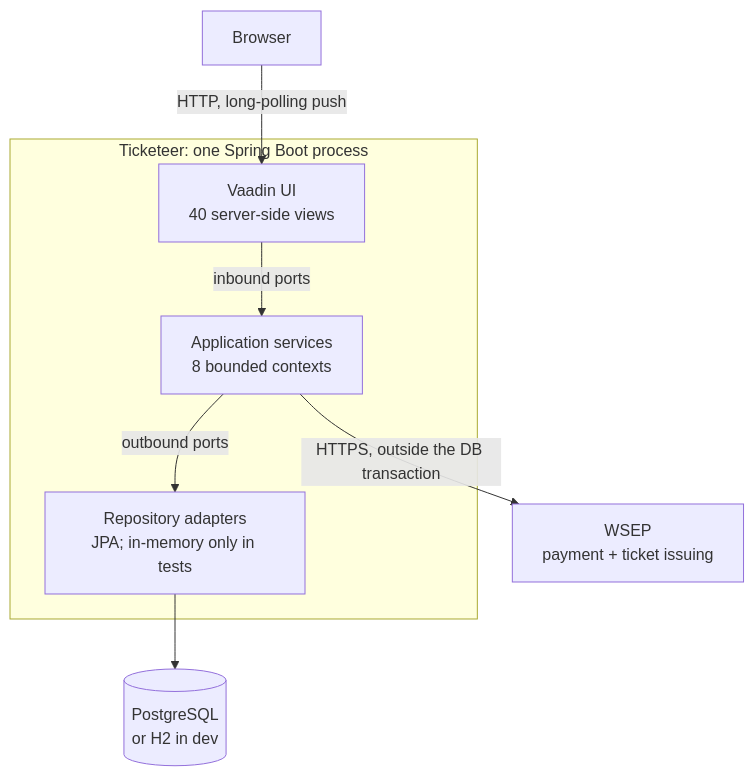
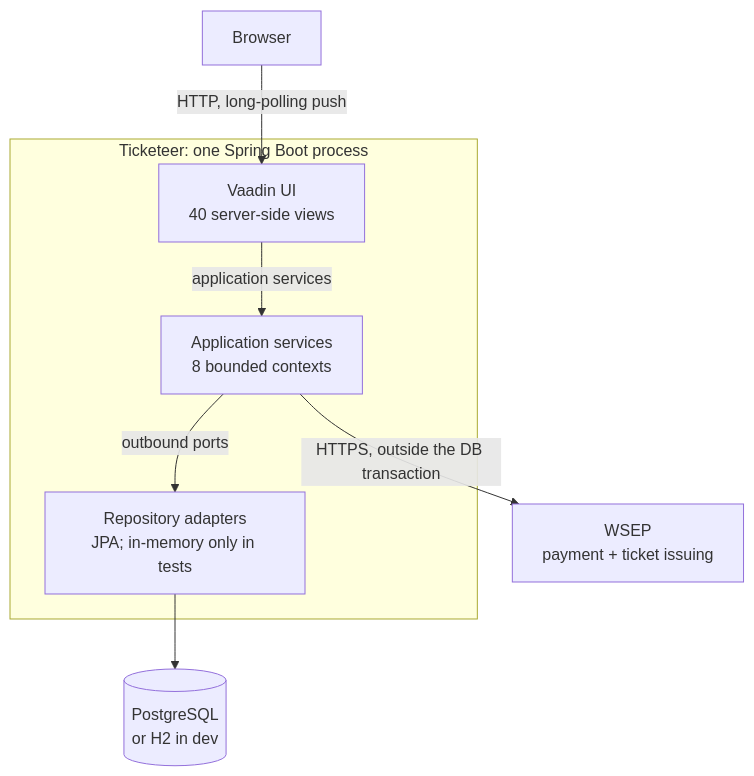
Before and after one commit to NaimElijah/Ticketeer: the first of 2 diagrams in README.md, drawn with Mermaid.

Commit message:
docs(readme): label the UI's calls as application services
The diagram said inbound ports, but nearly every view and presenter
calls an application service directly, and only two contexts have an
inbound port package.

Refs #191

````diff
--- a/README.md
+++ b/README.md
@@ -23,17 +23,17 @@
 ```mermaid
 flowchart TB
     browser["Browser"]
     subgraph jvm["Ticketeer: one Spring Boot process"]
         ui["Vaadin UI<br/>40 server-side views"]
         app["Application services<br/>8 bounded contexts"]
         repos["Repository adapters<br/>JPA; in-memory only in tests"]
     end
     db[("PostgreSQL<br/>or H2 in dev")]
     wsep["WSEP<br/>payment + ticket issuing"]
 
     browser -->|"HTTP, long-polling push"| ui
-    ui -->|"inbound ports"| app
+    ui -->|"application services"| app
     app -->|"outbound ports"| repos
     repos --> db
     app -->|"HTTPS, outside the DB transaction"| wsep
 ```
````
